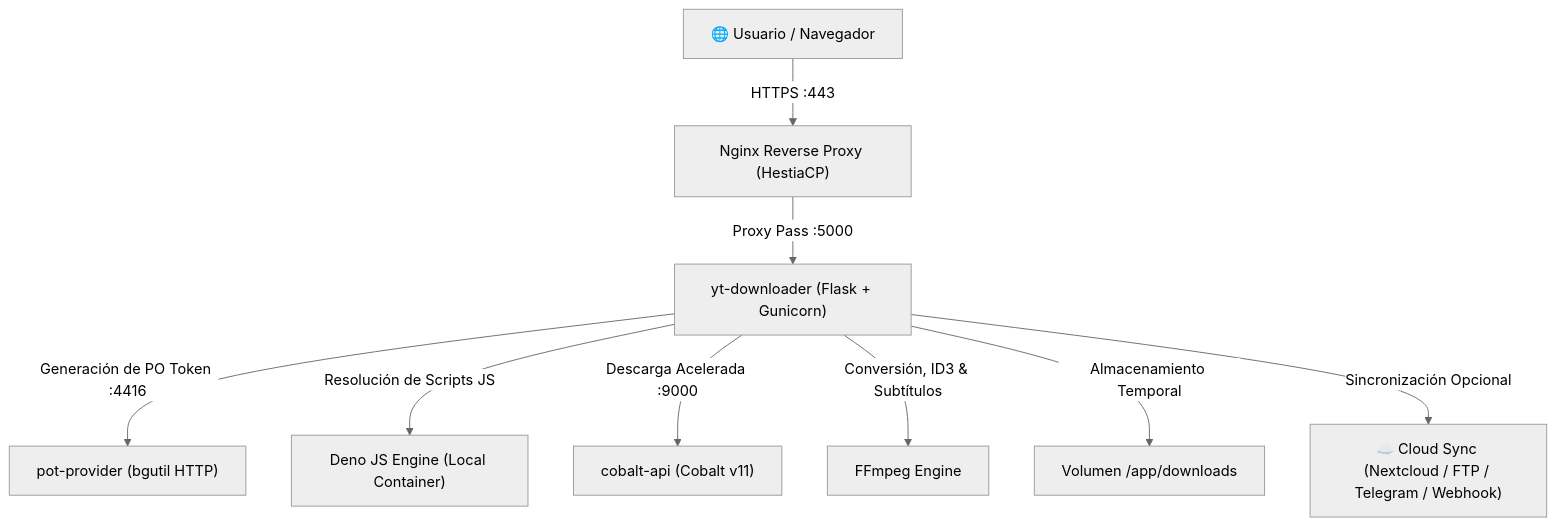
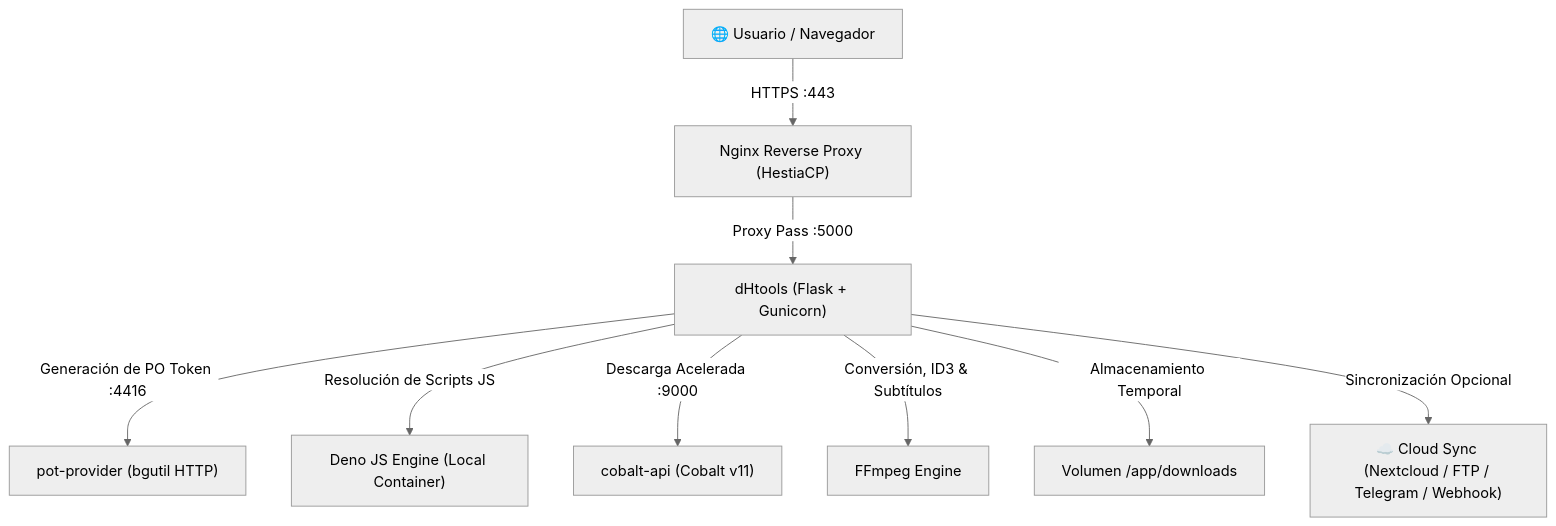
The first of 2 diagrams in WIKI.md (hernancussit/dHtools), drawn with Mermaid (neutral theme) before and after one commit. The commit also changed other lines of this file and 5 other files, not shown here.

````diff
--- a/WIKI.md
+++ b/WIKI.md
@@ -38,13 +38,13 @@
 ```mermaid
 graph TD
     Client["🌐 Usuario / Navegador"] -->|HTTPS :443| Nginx["Nginx Reverse Proxy (HestiaCP)"]
-    Nginx -->|Proxy Pass :5000| Flask["yt-downloader (Flask + Gunicorn)"]
+    Nginx -->|Proxy Pass :5000| Flask["dHtools (Flask + Gunicorn)"]
     
     Flask -->|Generación de PO Token :4416| PotProvider["pot-provider (bgutil HTTP)"]
     Flask -->|Resolución de Scripts JS| Deno["Deno JS Engine (Local Container)"]
     Flask -->|Descarga Acelerada :9000| Cobalt["cobalt-api (Cobalt v11)"]
     Flask -->|Conversión, ID3 & Subtítulos| FFmpeg["FFmpeg Engine"]
     
     Flask -->|Almacenamiento Temporal| Disk["Volumen /app/downloads"]
     Flask -->|Sincronización Opcional| Cloud["☁️ Cloud Sync (Nextcloud / FTP / Telegram / Webhook)"]
 ```
````
